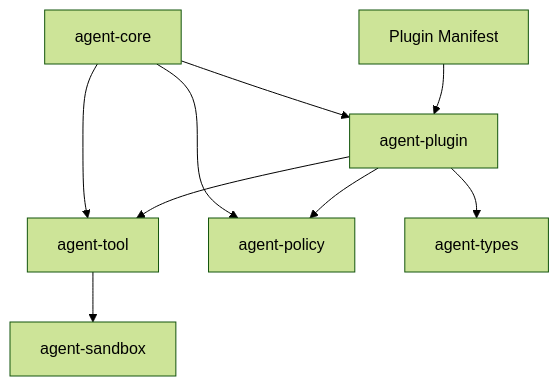
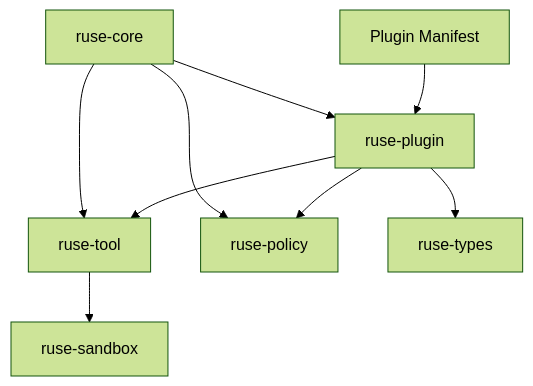
Before and after one commit to poneding/agent: the diagram in docs/specs/M11-00-plugin-runtime-technical-design.spec.md, drawn with Mermaid (forest theme). The commit also changed other lines of this file and 2091 other files, not shown here.

First line of the commit message:
refactor: rename agent branding to ruse

````diff
--- a/docs/specs/M11-00-plugin-runtime-technical-design.spec.md
+++ b/docs/specs/M11-00-plugin-runtime-technical-design.spec.md
@@ -37,11 +37,11 @@
 ```mermaid
 flowchart TD
-  manifest["Plugin Manifest"] --> plugin["agent-plugin"]
-  plugin --> tool["agent-tool"]
-  plugin --> policy["agent-policy"]
-  plugin --> types["agent-types"]
-  core["agent-core"] --> plugin
+  manifest["Plugin Manifest"] --> plugin["ruse-plugin"]
+  plugin --> tool["ruse-tool"]
+  plugin --> policy["ruse-policy"]
+  plugin --> types["ruse-types"]
+  core["ruse-core"] --> plugin
   core --> tool
   core --> policy
-  tool --> sandbox["agent-sandbox"]
+  tool --> sandbox["ruse-sandbox"]
 ```
````
